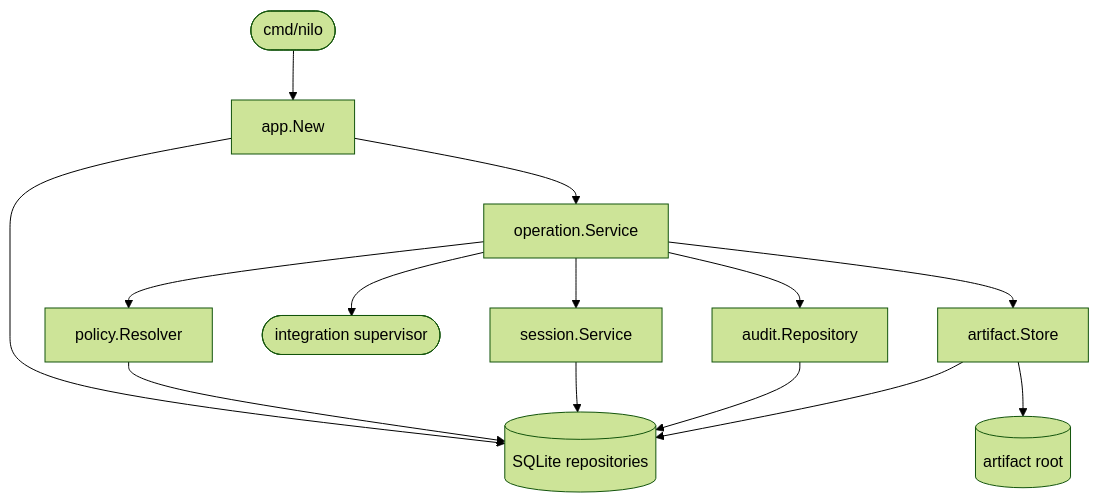
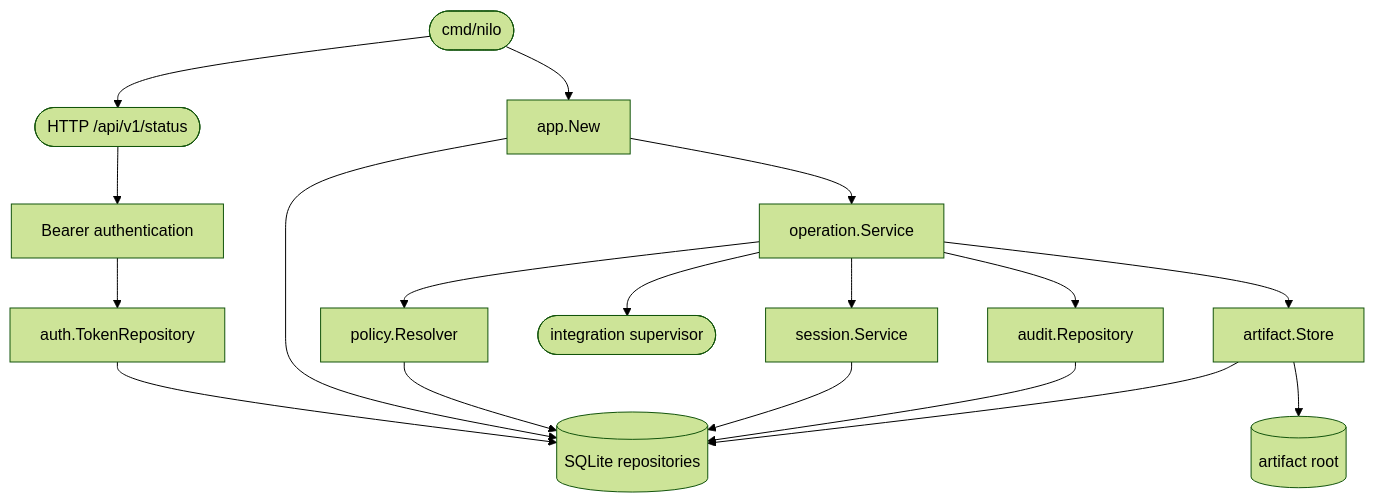
Before and after one commit to DDP-Engineering/2026_Networked_Intelligent_Lab_Orchestrator: the diagram in .agentic/knowledge/bench-core-foundation.md, drawn with Mermaid (forest theme). The commit also changed other lines of this file and 24 other files, not shown here.

````diff
--- a/.agentic/knowledge/bench-core-foundation.md
+++ b/.agentic/knowledge/bench-core-foundation.md
@@ -22,26 +27,33 @@
 ```mermaid
 flowchart TD
     cli(["cmd/nilo"])
+    http(["HTTP /api/v1/status"])
+    middleware["Bearer authentication"]
     app["app.New"]
+    auth["auth.TokenRepository"]
     op["operation.Service"]
     policy["policy.Resolver"]
     session["session.Service"]
     runner(["integration supervisor"])
     artifact["artifact.Store"]
     audit["audit.Repository"]
     sqlite[("SQLite repositories")]
     files[("artifact root")]
     cli --> app
+    cli --> http
+    http --> middleware
+    middleware --> auth
+    auth --> sqlite
     app --> sqlite
     app --> op
     op --> policy
     op --> session
     op --> runner
     op --> artifact
     op --> audit
     policy --> sqlite
     session --> sqlite
     audit --> sqlite
     artifact --> sqlite
     artifact --> files
 ```
````
